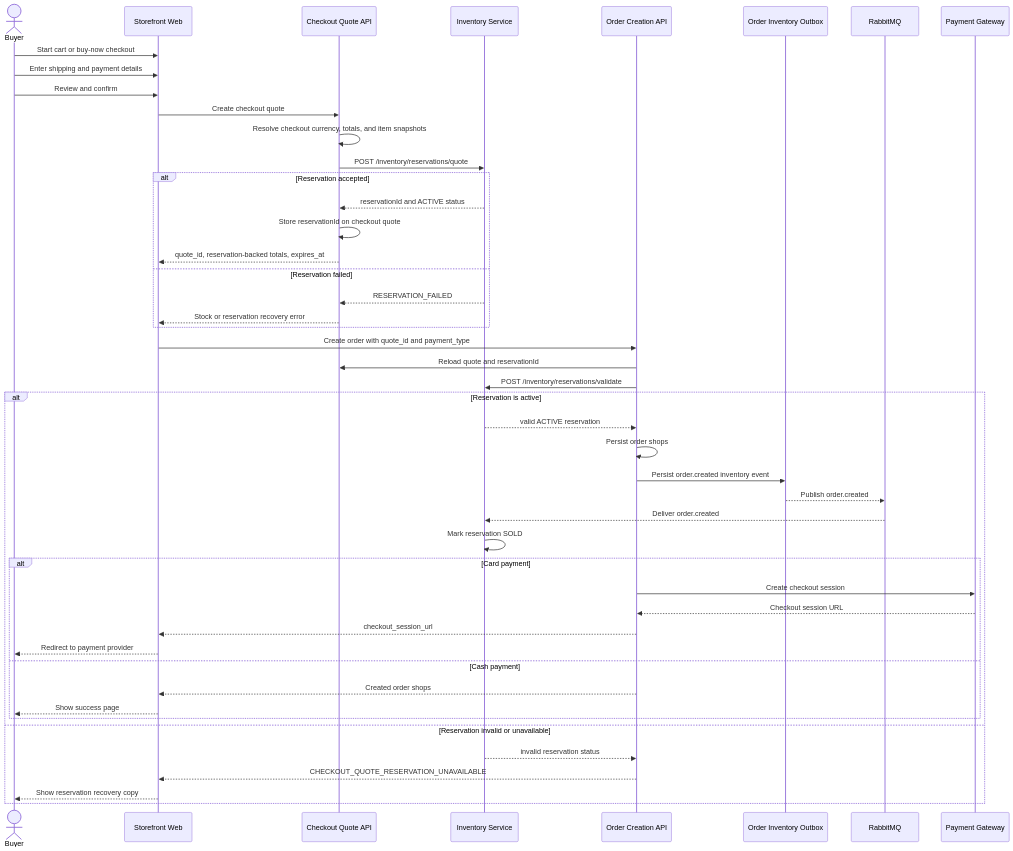
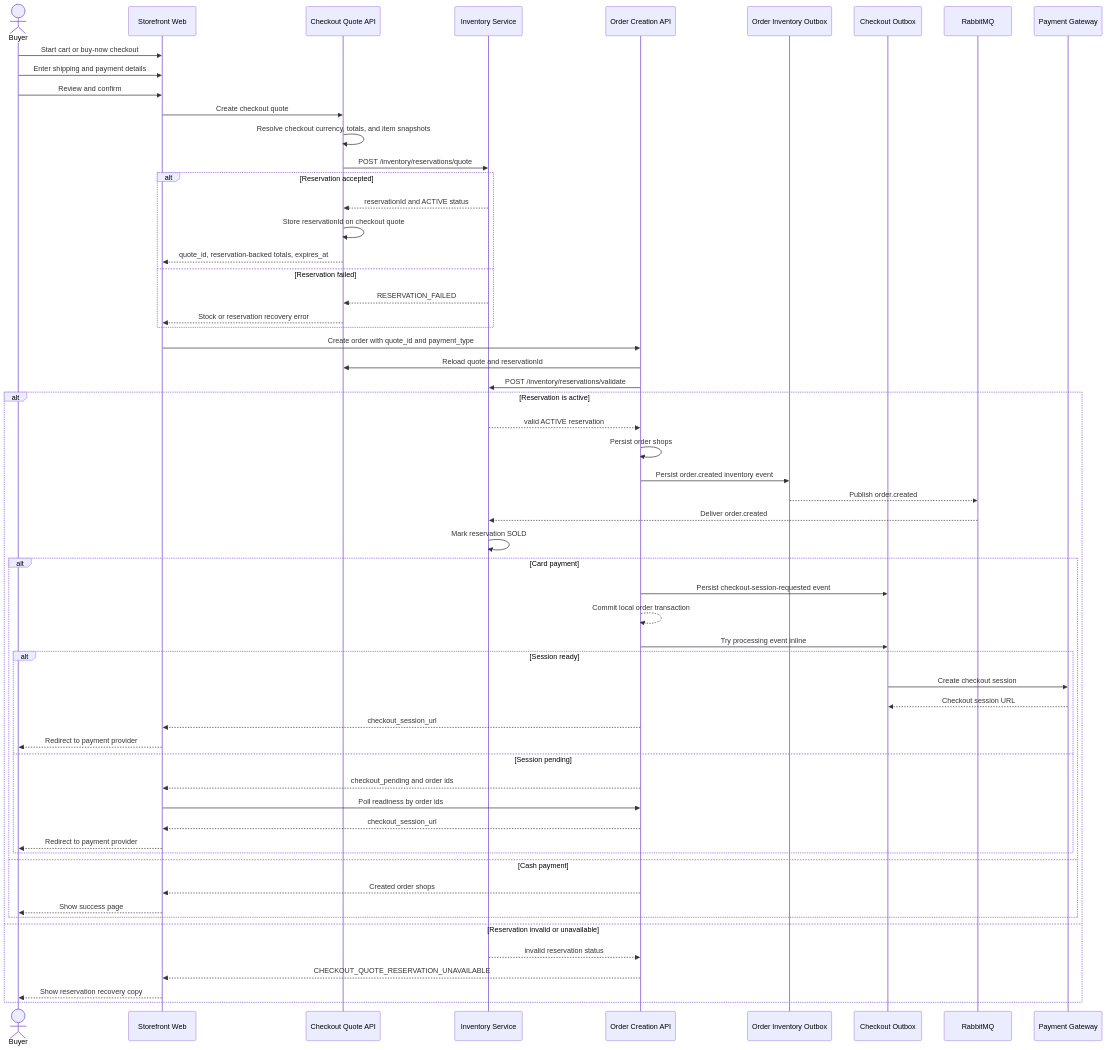
One commit to dauphaihau-arc/arc changed the second of 2 diagrams in docs/features/checkout/flow.md. Above: the diagram before and after it, drawn with Mermaid. The commit also changed other lines of this file and 2 other files, not shown here.

Commit message:
docs(checkout): document pending card checkout flow

````diff
--- a/docs/features/checkout/flow.md
+++ b/docs/features/checkout/flow.md
@@ -45,51 +56,62 @@
 ```mermaid
 sequenceDiagram
     actor Buyer
     participant Web as Storefront Web
     participant Quote as Checkout Quote API
     participant Inventory as Inventory Service
     participant Order as Order Creation API
-    participant Outbox as Order Inventory Outbox
+    participant InventoryOutbox as Order Inventory Outbox
+    participant CheckoutOutbox as Checkout Outbox
     participant RabbitMQ
     participant Payment as Payment Gateway
 
     Buyer->>Web: Start cart or buy-now checkout
     Buyer->>Web: Enter shipping and payment details
     Buyer->>Web: Review and confirm
     Web->>Quote: Create checkout quote
     Quote->>Quote: Resolve checkout currency, totals, and item snapshots
     Quote->>Inventory: POST /inventory/reservations/quote
     alt Reservation accepted
         Inventory-->>Quote: reservationId and ACTIVE status
         Quote->>Quote: Store reservationId on checkout quote
         Quote-->>Web: quote_id, reservation-backed totals, expires_at
     else Reservation failed
         Inventory-->>Quote: RESERVATION_FAILED
         Quote-->>Web: Stock or reservation recovery error
     end
 
     Web->>Order: Create order with quote_id and payment_type
     Order->>Quote: Reload quote and reservationId
     Order->>Inventory: POST /inventory/reservations/validate
     alt Reservation is active
         Inventory-->>Order: valid ACTIVE reservation
         Order->>Order: Persist order shops
-        Order->>Outbox: Persist order.created inventory event
-        Outbox-->>RabbitMQ: Publish order.created
+        Order->>InventoryOutbox: Persist order.created inventory event
+        InventoryOutbox-->>RabbitMQ: Publish order.created
         RabbitMQ-->>Inventory: Deliver order.created
         Inventory->>Inventory: Mark reservation SOLD
         alt Card payment
-            Order->>Payment: Create checkout session
-            Payment-->>Order: Checkout session URL
-            Order-->>Web: checkout_session_url
-            Web-->>Buyer: Redirect to payment provider
+            Order->>CheckoutOutbox: Persist checkout-session-requested event
+            Order-->>Order: Commit local order transaction
+            Order->>CheckoutOutbox: Try processing event inline
+            alt Session ready
+                CheckoutOutbox->>Payment: Create checkout session
+                Payment-->>CheckoutOutbox: Checkout session URL
+                Order-->>Web: checkout_session_url
+                Web-->>Buyer: Redirect to payment provider
+            else Session pending
+                Order-->>Web: checkout_pending and order ids
+                Web->>Order: Poll readiness by order ids
+                Order-->>Web: checkout_session_url
+                Web-->>Buyer: Redirect to payment provider
+            end
         else Cash payment
             Order-->>Web: Created order shops
             Web-->>Buyer: Show success page
         end
     else Reservation invalid or unavailable
         Inventory-->>Order: invalid reservation status
         Order-->>Web: CHECKOUT_QUOTE_RESERVATION_UNAVAILABLE
         Web-->>Buyer: Show reservation recovery copy
     end
 ```
````
